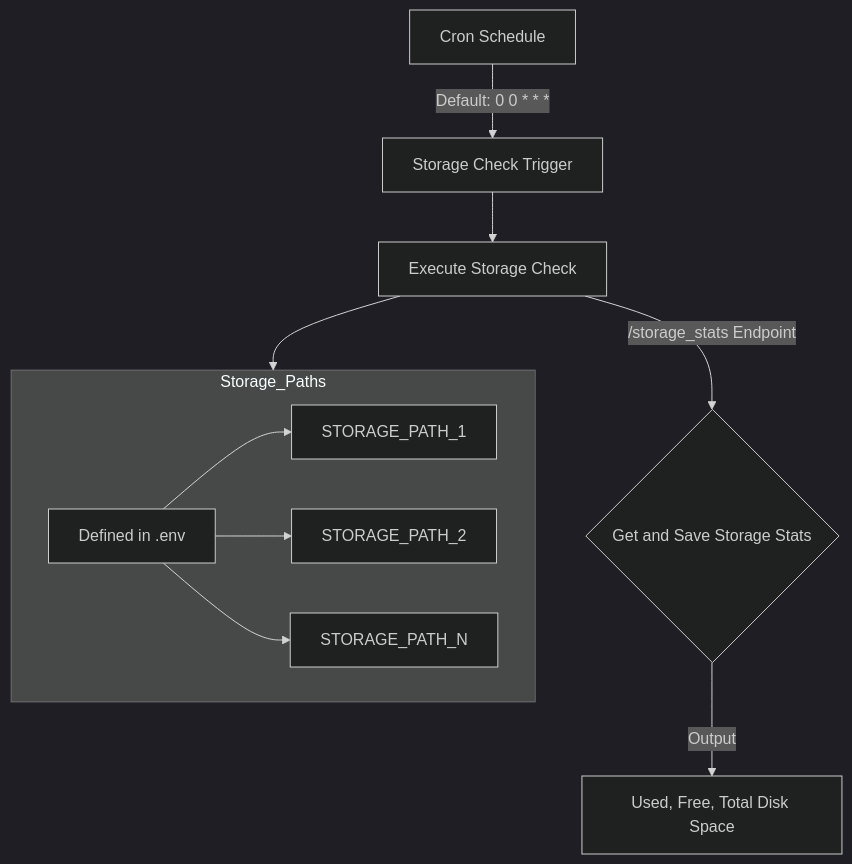
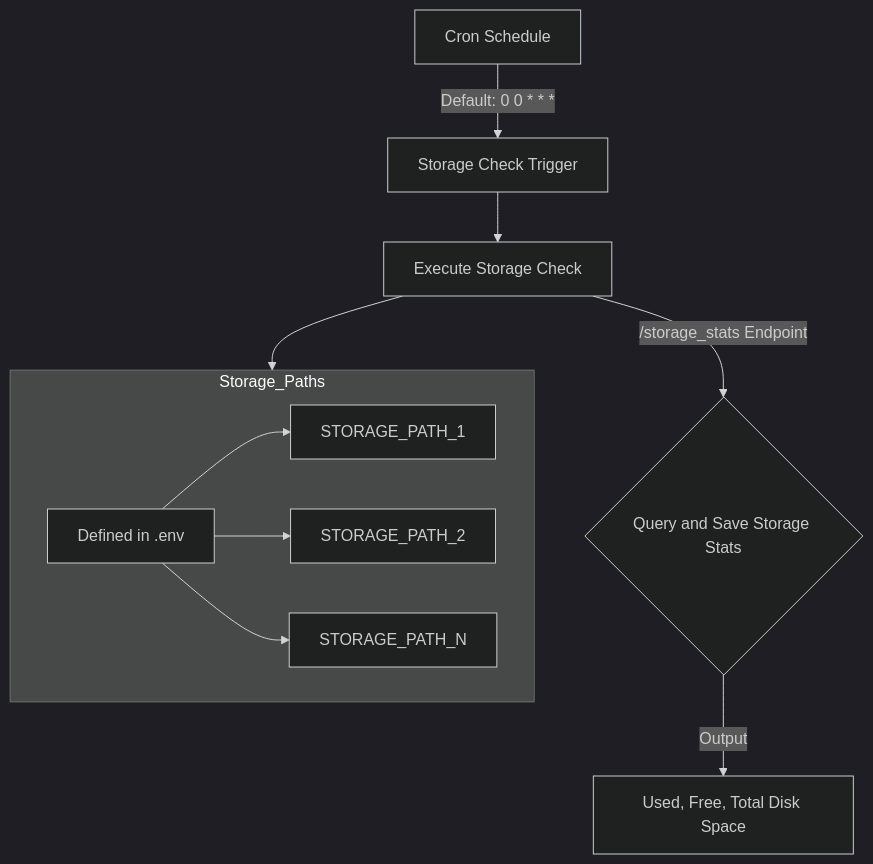
The second of 3 diagrams in README.md (estes-sj/Backrest-Summary-Reporter), drawn with Mermaid (dark theme) before and after one commit. The commit also changed other lines of this file, not shown here.

````diff
--- a/README.md
+++ b/README.md
@@ -60,17 +60,17 @@
 ```mermaid
 flowchart TD
     A["Cron Schedule"]
     A -->|"Default: 0 0 * * *"| B["Storage Check Trigger"]
     B --> C["Execute Storage Check"]
-    C -->|"/storage_stats Endpoint"| D{"Get and Save Storage Stats"}
+    C -->|"/storage_stats Endpoint"| D{"Query and Save Storage Stats"}
 
     subgraph Storage_Paths
         E["Defined in .env"]
         E --> F["STORAGE_PATH_1"]
         E --> G["STORAGE_PATH_2"]
         E --> H["STORAGE_PATH_N"]
     end
 
     C --> Storage_Paths
     D -->|Output| I["Used, Free, Total Disk Space"]
 ```
````
